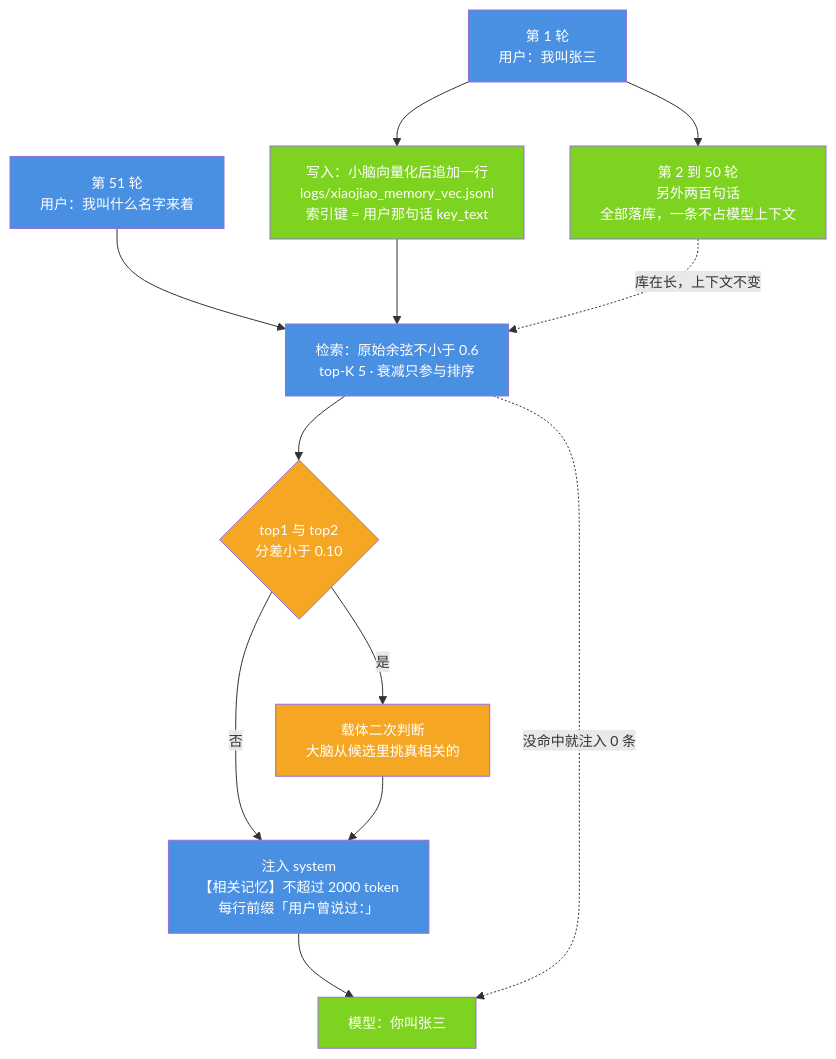
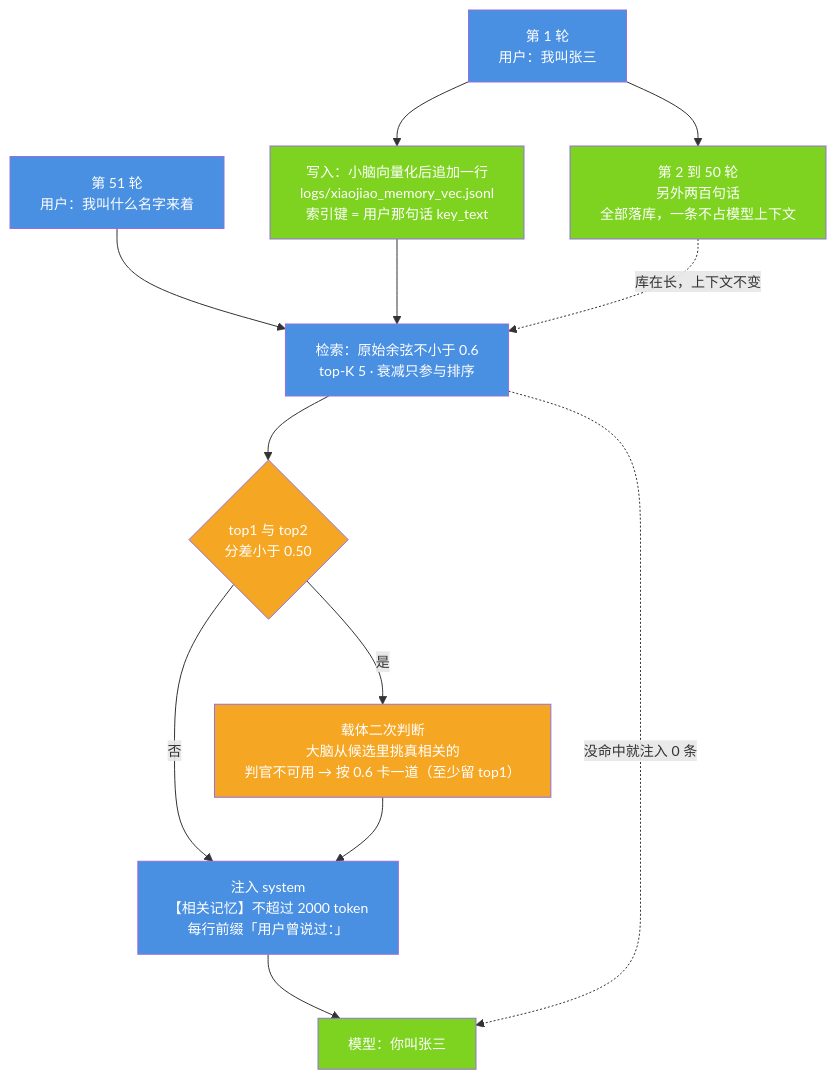
Before and after one commit to jiangchuangege/xiaojiao-harnees: the first of 8 diagrams in docs/six-infinity.md, drawn with Mermaid. The commit also changed other lines of this file and 49 other files, not shown here.

````diff
--- a/docs/six-infinity.md
+++ b/docs/six-infinity.md
@@ -406,24 +412,24 @@
 ```mermaid
 %%{init: {"themeVariables": {"fontSize": "14px"}, "flowchart": {"htmlLabels": true, "wrappingWidth": 320, "nodeSpacing": 46, "rankSpacing": 64, "useMaxWidth": true}}}%%
 flowchart TB
     N1["第 1 轮<br/>用户：我叫张三"] --> W["写入：小脑向量化后追加一行<br/>logs/xiaojiao_memory_vec.jsonl<br/>索引键 = 用户那句话 key_text"]
     N1 --> N50["第 2 到 50 轮<br/>另外两百句话<br/>全部落库，一条不占模型上下文"]
     Q["第 51 轮<br/>用户：我叫什么名字来着"] --> R["检索：原始余弦不小于 0.6<br/>top-K 5 · 衰减只参与排序"]
     W --> R
     N50 -.->|"库在长，上下文不变"| R
-    R --> RR{"top1 与 top2<br/>分差小于 0.10"}
-    RR -->|"是"| RJ["载体二次判断<br/>大脑从候选里挑真相关的"]
+    R --> RR{"top1 与 top2<br/>分差小于 0.50"}
+    RR -->|"是"| RJ["载体二次判断<br/>大脑从候选里挑真相关的<br/>判官不可用 → 按 0.6 卡一道（至少留 top1）"]
     RR -->|"否"| INJ
     RJ --> INJ["注入 system<br/>【相关记忆】不超过 2000 token<br/>每行前缀「用户曾说过：」"]
     INJ --> M["模型：你叫张三"]
     R -.->|"没命中就注入 0 条"| M
     style N1 fill:#4A90E2,color:#fff
     style W fill:#7ED321,color:#fff
     style N50 fill:#7ED321,color:#fff
     style Q fill:#4A90E2,color:#fff
     style R fill:#4A90E2,color:#fff
     style RR fill:#F5A623,color:#fff
     style RJ fill:#F5A623,color:#fff
     style INJ fill:#4A90E2,color:#fff
     style M fill:#7ED321,color:#fff
 ```
````
